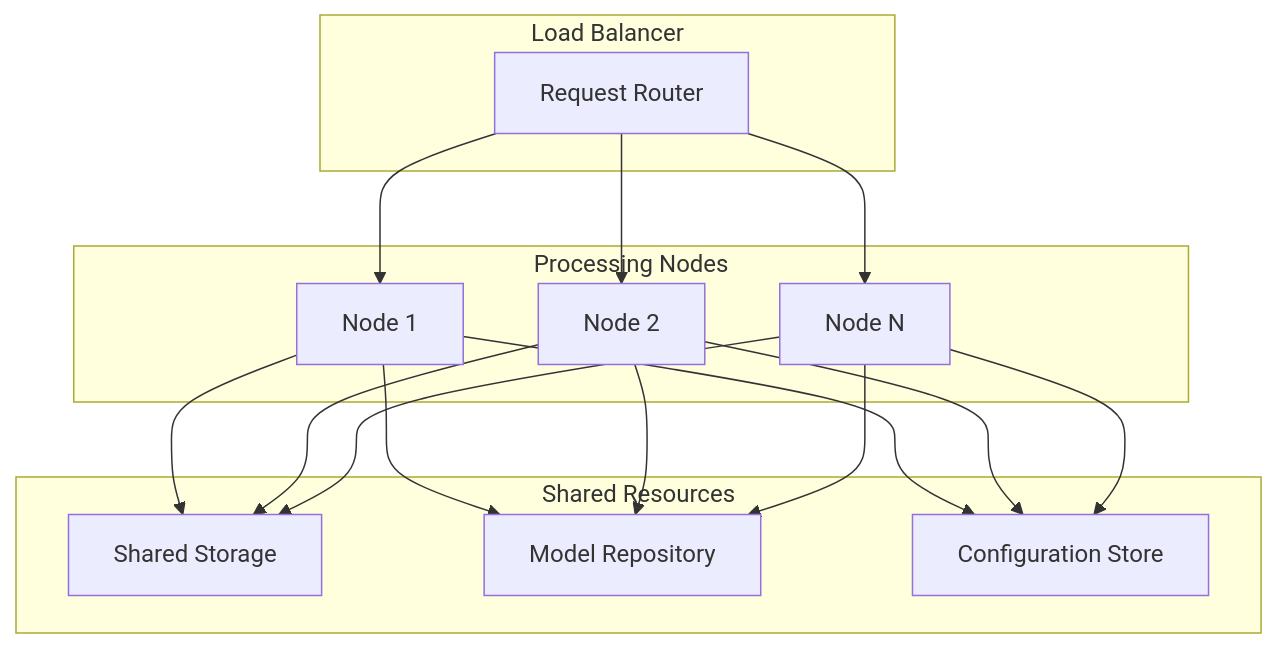
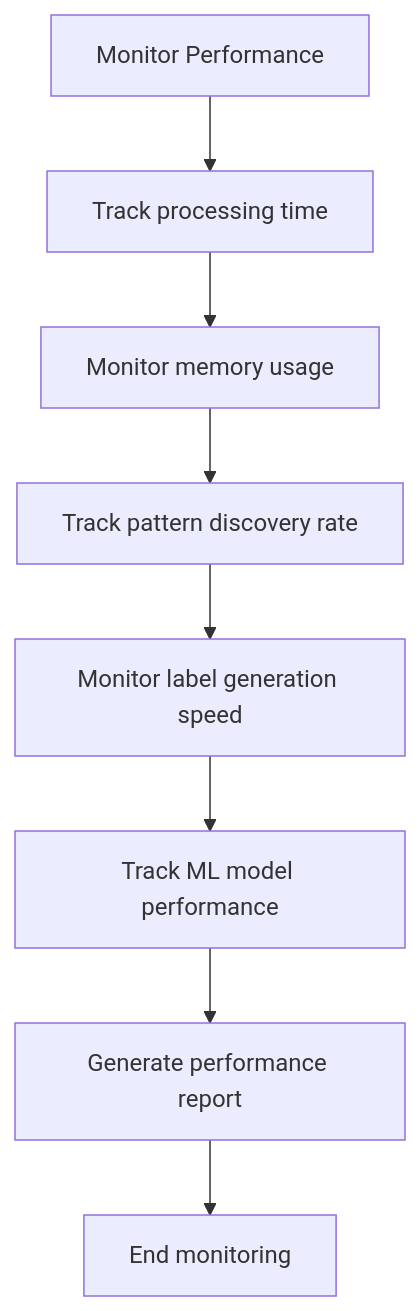
Diagram 23 of 30 in docs/DIAGRAMS.md (ksmadhavareddy/recon-ai), drawn with Mermaid before and after one commit. The commit also changed other lines of this file and 14 other files, not shown here.

````diff
--- a/docs/DIAGRAMS.md
+++ b/docs/DIAGRAMS.md
@@ -562,31 +474,10 @@
 ```mermaid
 graph TD
-    subgraph "Load Balancer"
-        A[Request Router]
-    end
-    
-    subgraph "Processing Nodes"
-        B[Node 1]
-        C[Node 2]
-        D[Node N]
-    end
-    
-    subgraph "Shared Resources"
-        E[Shared Storage]
-        F[Model Repository]
-        G[Configuration Store]
-    end
-    
-    A --> B
-    A --> C
-    A --> D
-    B --> E
-    C --> E
-    D --> E
-    B --> F
-    C --> F
-    D --> F
-    B --> G
-    C --> G
-    D --> G
+    A[Monitor Performance] --> B[Track processing time]
+    B --> C[Monitor memory usage]
+    C --> D[Track pattern discovery rate]
+    D --> E[Monitor label generation speed]
+    E --> F[Track ML model performance]
+    F --> G[Generate performance report]
+    G --> H[End monitoring]
 ```
````
